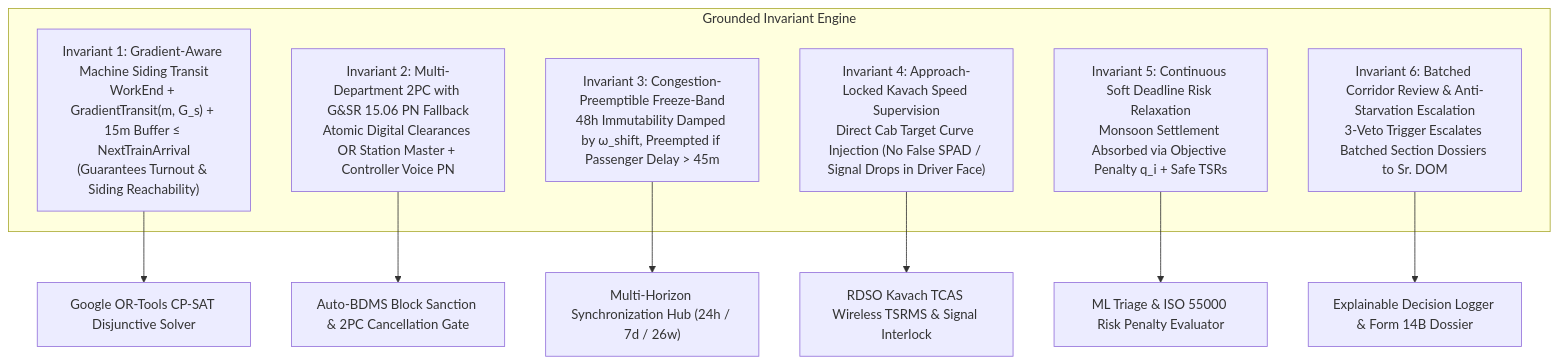
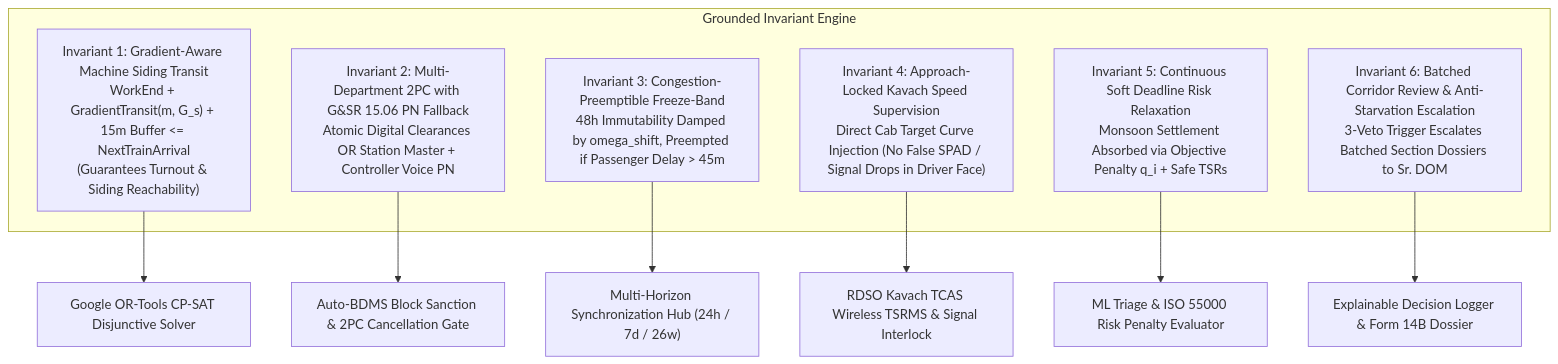
One commit to ritam413/RailSuraksha-AI- changed the diagram in docs/architectural_fixes_rolling_horizon.md. Above: the diagram before and after it, drawn with Mermaid. The commit also changed other lines of this file, not shown here.

Commit message:
docs: format all equations and mathematical formulas with LaTeX syntax in architectural_fixes_rolling_horizon.md

````diff
--- a/docs/architectural_fixes_rolling_horizon.md
+++ b/docs/architectural_fixes_rolling_horizon.md
@@ -14,18 +14,18 @@
 ```mermaid
 flowchart TD
     subgraph "Grounded Invariant Engine"
-        INV1["Invariant 1: Gradient-Aware Machine Siding Transit<br/>WorkEnd + GradientTransit(m, G_s) + 15m Buffer ≤ NextTrainArrival<br/>(Guarantees Turnout & Siding Reachability)"]
+        INV1["Invariant 1: Gradient-Aware Machine Siding Transit<br/>WorkEnd + GradientTransit(m, G_s) + 15m Buffer <= NextTrainArrival<br/>(Guarantees Turnout & Siding Reachability)"]
         INV2["Invariant 2: Multi-Department 2PC with G&SR 15.06 PN Fallback<br/>Atomic Digital Clearances OR Station Master + Controller Voice PN"]
-        INV3["Invariant 3: Congestion-Preemptible Freeze-Band<br/>48h Immutability Damped by ω_shift, Preempted if Passenger Delay > 45m"]
+        INV3["Invariant 3: Congestion-Preemptible Freeze-Band<br/>48h Immutability Damped by omega_shift, Preempted if Passenger Delay > 45m"]
         INV4["Invariant 4: Approach-Locked Kavach Speed Supervision<br/>Direct Cab Target Curve Injection (No False SPAD / Signal Drops in Driver Face)"]
         INV5["Invariant 5: Continuous Soft Deadline Risk Relaxation<br/>Monsoon Settlement Absorbed via Objective Penalty q_i + Safe TSRs"]
         INV6["Invariant 6: Batched Corridor Review & Anti-Starvation Escalation<br/>3-Veto Trigger Escalates Batched Section Dossiers to Sr. DOM"]
     end
 
     INV1 --> Solver["Google OR-Tools CP-SAT Disjunctive Solver"]
     INV2 --> Dispatch["Auto-BDMS Block Sanction & 2PC Cancellation Gate"]
     INV3 --> HorizonHub["Multi-Horizon Synchronization Hub (24h / 7d / 26w)"]
     INV4 --> KavachEngine["RDSO Kavach TCAS Wireless TSRMS & Signal Interlock"]
     INV5 --> TriageEngine["ML Triage & ISO 55000 Risk Penalty Evaluator"]
     INV6 --> AuditEngine["Explainable Decision Logger & Form 14B Dossier"]
 ```
````
